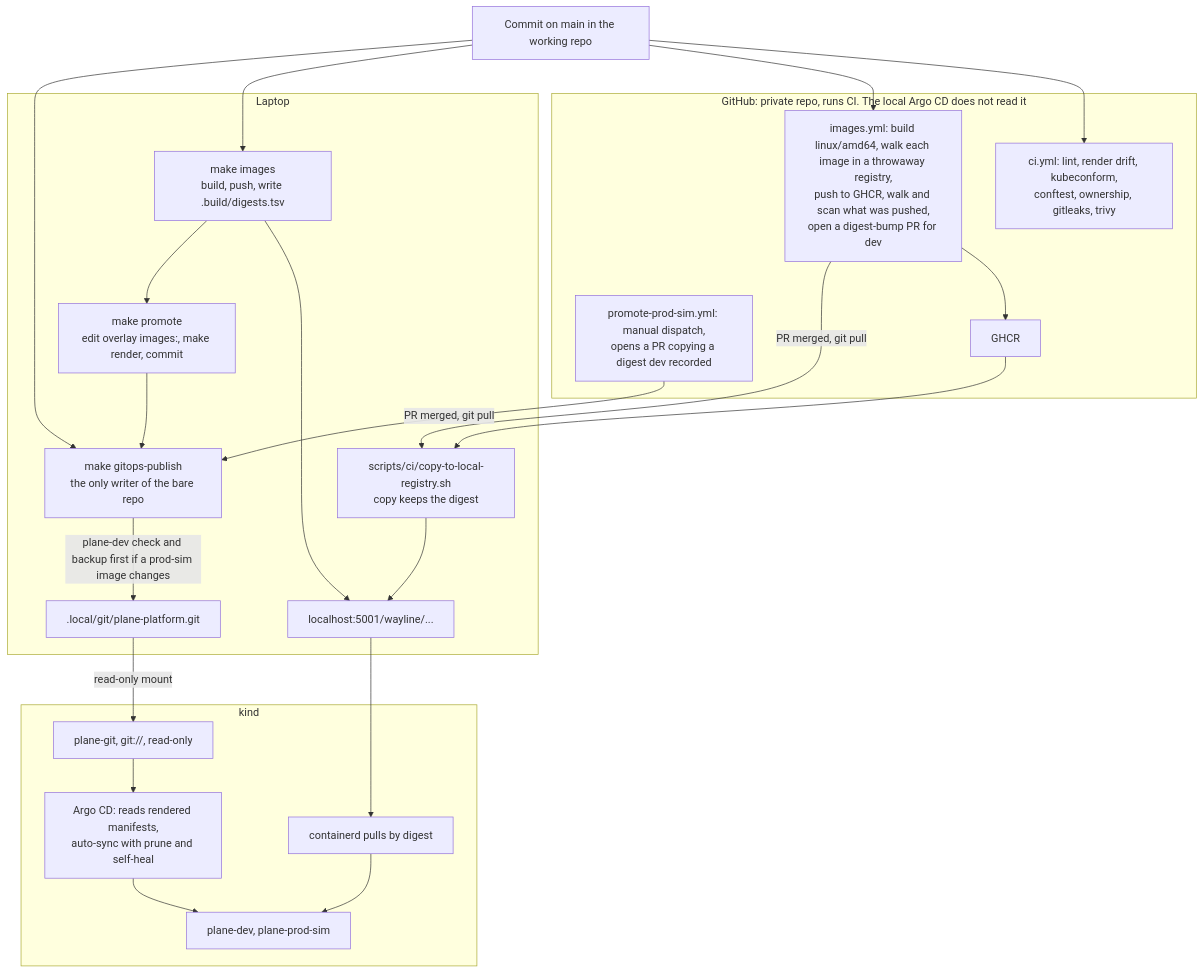
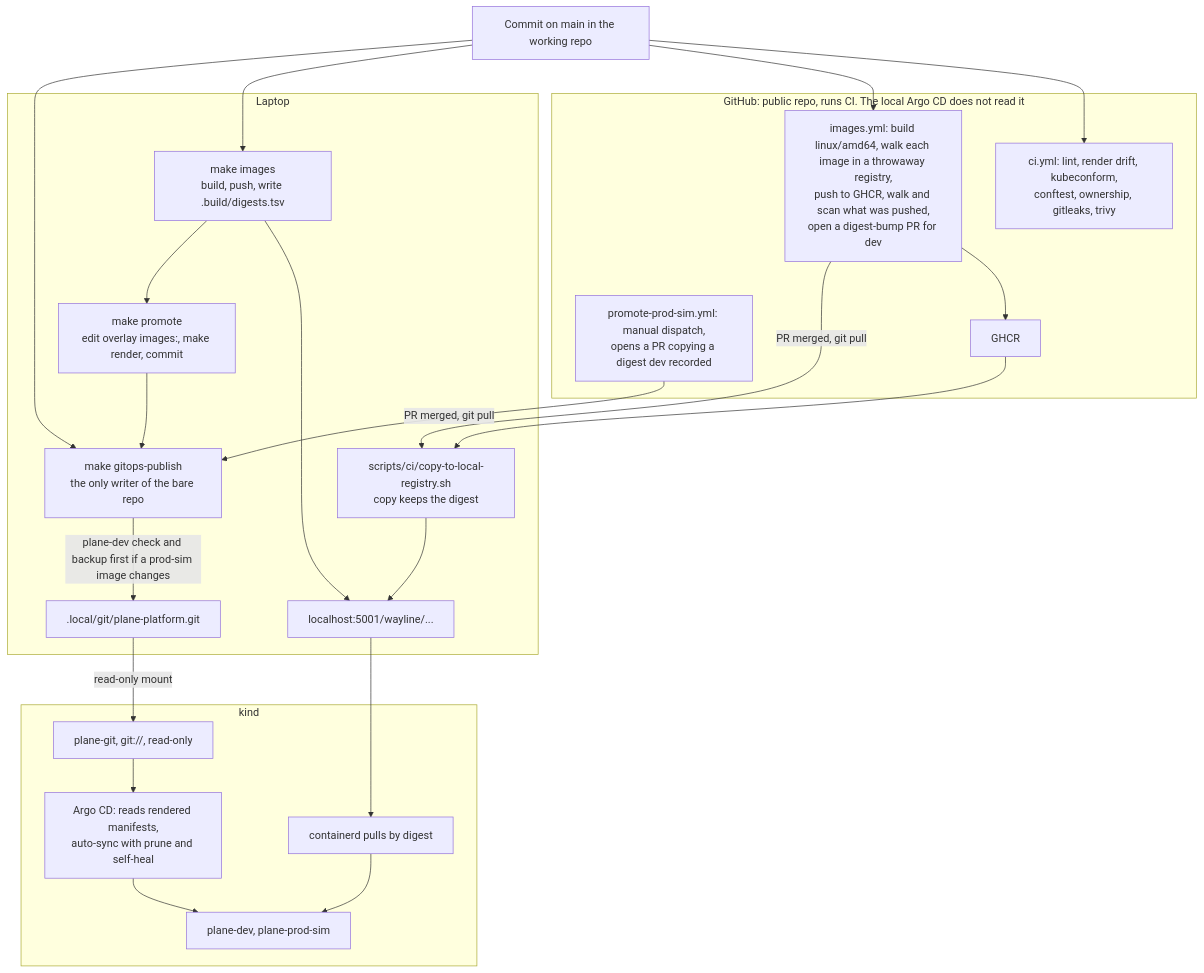
Before and after one commit to BereketAbera/plane-platform: the fifth of 11 diagrams in docs/architecture.md, drawn with Mermaid. The commit also changed other lines of this file and 44 other files, not shown here.

````diff
--- a/docs/architecture.md
+++ b/docs/architecture.md
@@ -292,46 +292,46 @@
 ```mermaid
 flowchart TB
   dev["Commit on main in the working repo"]
 
-  subgraph github["GitHub: private repo, runs CI. The local Argo CD does not read it"]
+  subgraph github["GitHub: public repo, runs CI. The local Argo CD does not read it"]
     ci["ci.yml: lint, render drift, kubeconform,<br/>conftest, ownership, gitleaks, trivy"]
     images["images.yml: build linux/amd64, walk each image in a throwaway registry,<br/>push to GHCR, walk and scan what was pushed,<br/>open a digest-bump PR for dev"]
     promo["promote-prod-sim.yml: manual dispatch,<br/>opens a PR copying a digest dev recorded"]
     ghcr["GHCR"]
   end
 
   subgraph laptop["Laptop"]
     mkimages["make images<br/>build, push, write .build/digests.tsv"]
     copy["scripts/ci/copy-to-local-registry.sh<br/>copy keeps the digest"]
     registry["localhost:5001/wayline/..."]
     promote["make promote<br/>edit overlay images:, make render, commit"]
     publish["make gitops-publish<br/>the only writer of the bare repo"]
     bare[".local/git/plane-platform.git"]
   end
 
   subgraph cluster["kind"]
     git["plane-git, git://, read-only"]
     argo["Argo CD: reads rendered manifests,<br/>auto-sync with prune and self-heal"]
     envs["plane-dev, plane-prod-sim"]
     mirror["containerd pulls by digest"]
   end
 
   dev --> ci
   dev --> images
   images --> ghcr
   images -->|"PR merged, git pull"| copy
   ghcr --> copy
   copy --> registry
   dev --> mkimages
   mkimages --> registry
   mkimages --> promote
   promo -->|"PR merged, git pull"| publish
   promote --> publish
   dev --> publish
   publish -->|"plane-dev check and backup first if a prod-sim image changes"| bare
   bare -->|"read-only mount"| git
   git --> argo
   argo --> envs
   registry --> mirror
   mirror --> envs
 ```
````
